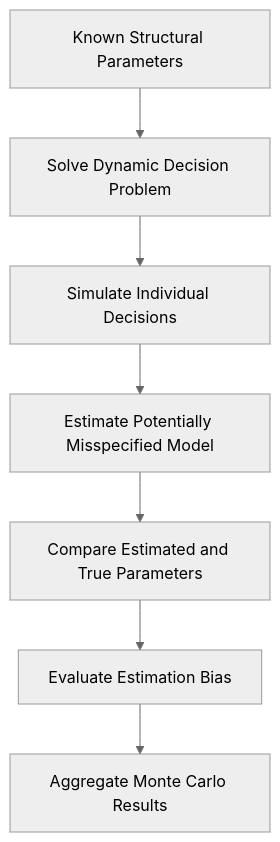
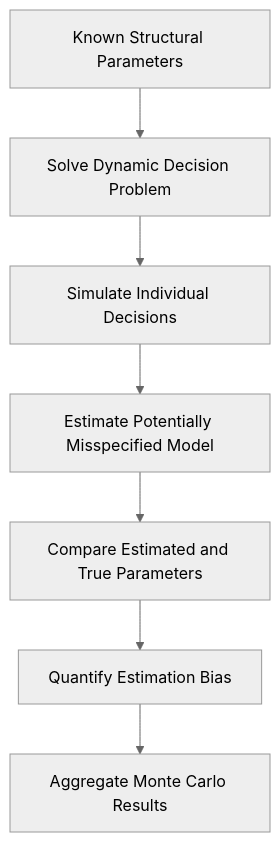
The diagram in README.md (EliasBernhardRoth/Dynamic-Choice-Misspecification), drawn with Mermaid (neutral theme) before and after one commit. The commit also changed other lines of this file, not shown here.

````diff
--- a/README.md
+++ b/README.md
@@ -80,9 +73,9 @@
 ```mermaid
 flowchart TD
     A[Known Structural Parameters] --> B[Solve Dynamic Decision Problem]
     B --> C[Simulate Individual Decisions]
     C --> D[Estimate Potentially Misspecified Model]
     D --> E[Compare Estimated and True Parameters]
-    E --> F[Evaluate Estimation Bias]
+    E --> F[Quantify Estimation Bias]
     F --> G[Aggregate Monte Carlo Results]
 ```
````
